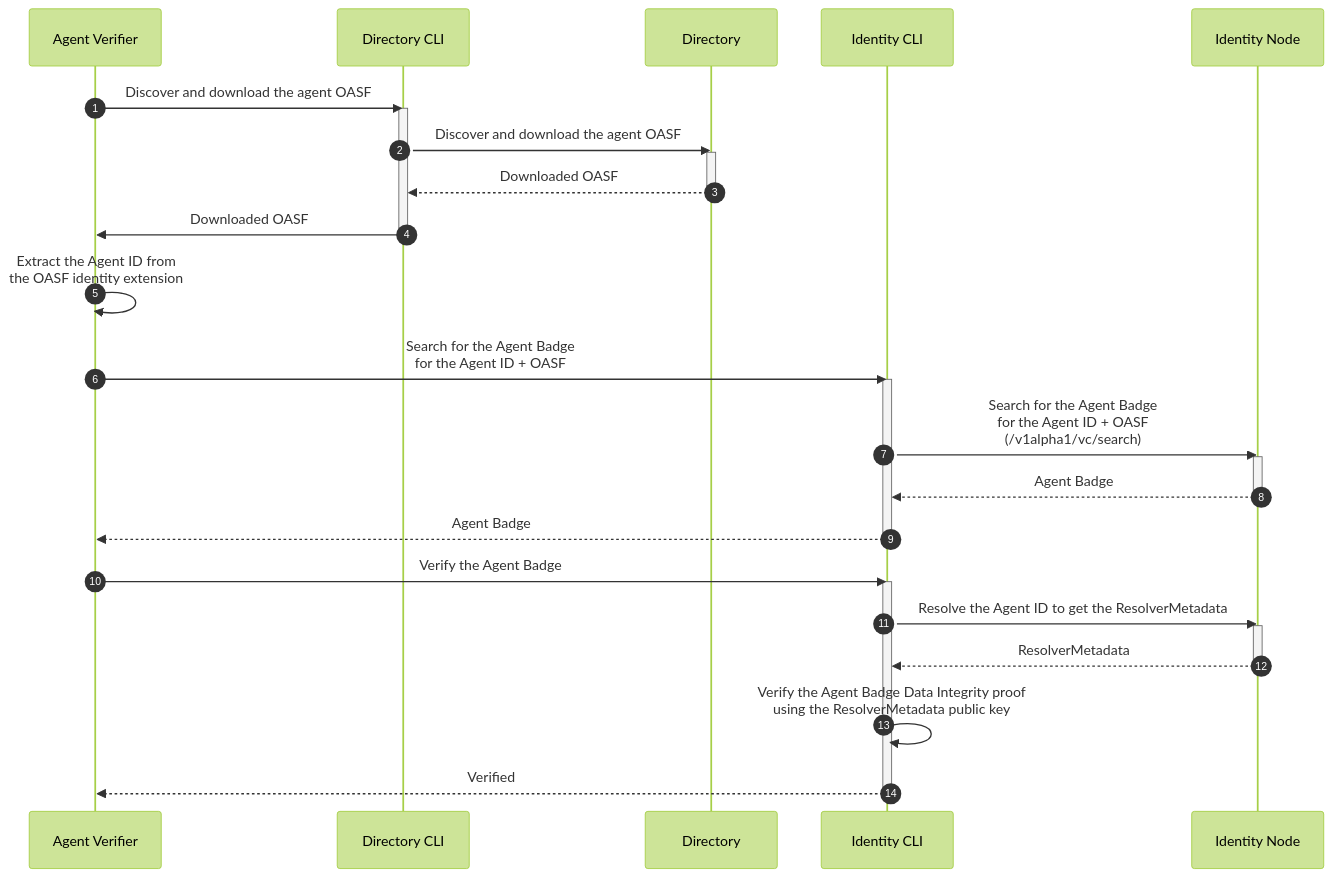
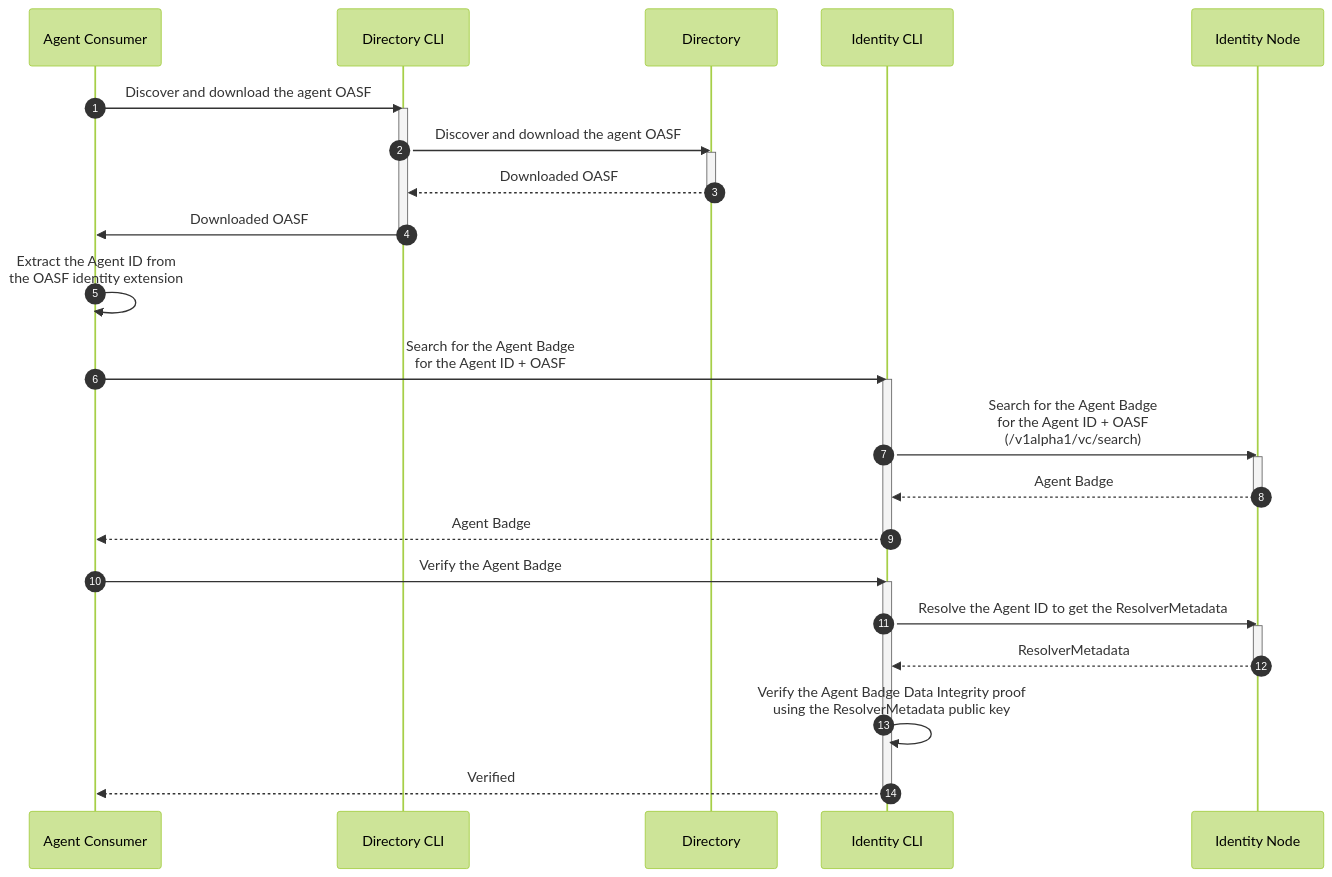
The fourth of 4 diagrams in docs-src/docs/specs/flows/agntcy_advanced.md (agntcy/identity-spec), drawn with Mermaid (forest theme) before and after one commit. The commit also changed other lines of this file, not shown here.

Commit message:
feat: Rename verifier to consumer

````diff
--- a/docs-src/docs/specs/flows/agntcy_advanced.md
+++ b/docs-src/docs/specs/flows/agntcy_advanced.md
@@ -146,34 +146,34 @@
 ```mermaid
 sequenceDiagram
 autonumber
 
-Agent Verifier->>Directory CLI: Discover and download the agent OASF
+Agent Consumer->>Directory CLI: Discover and download the agent OASF
 activate Directory CLI
 Directory CLI->>Directory: Discover and download the agent OASF
 activate Directory
 Directory-->>Directory CLI: Downloaded OASF
 deactivate Directory
-Directory CLI->>Agent Verifier: Downloaded OASF
+Directory CLI->>Agent Consumer: Downloaded OASF
 deactivate Directory CLI
 
-Agent Verifier->>Agent Verifier: Extract the Agent ID from<br/>the OASF identity extension
+Agent Consumer->>Agent Consumer: Extract the Agent ID from<br/>the OASF identity extension
 
-Agent Verifier->>Identity CLI: Search for the Agent Badge<br/>for the Agent ID + OASF
+Agent Consumer->>Identity CLI: Search for the Agent Badge<br/>for the Agent ID + OASF
 activate Identity CLI
 Identity CLI->>Identity Node: Search for the Agent Badge<br/>for the Agent ID + OASF<br/>(/v1alpha1/vc/search)
 activate Identity Node
 Identity Node-->>Identity CLI: Agent Badge
 deactivate Identity Node
-Identity CLI-->>Agent Verifier: Agent Badge
+Identity CLI-->>Agent Consumer: Agent Badge
 deactivate Identity CLI
 
-Agent Verifier->>Identity CLI: Verify the Agent Badge
+Agent Consumer->>Identity CLI: Verify the Agent Badge
 activate Identity CLI
 Identity CLI->>Identity Node: Resolve the Agent ID to get the ResolverMetadata
 activate Identity Node
 Identity Node-->>Identity CLI: ResolverMetadata
 deactivate Identity Node
 Identity CLI->>Identity CLI: Verify the Agent Badge Data Integrity proof<br/>using the ResolverMetadata public key
-Identity CLI-->>Agent Verifier: Verified
+Identity CLI-->>Agent Consumer: Verified
 deactivate Identity CLI
 ```
````
